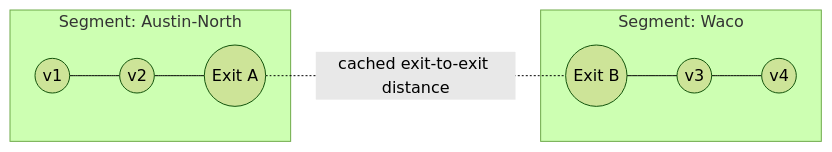
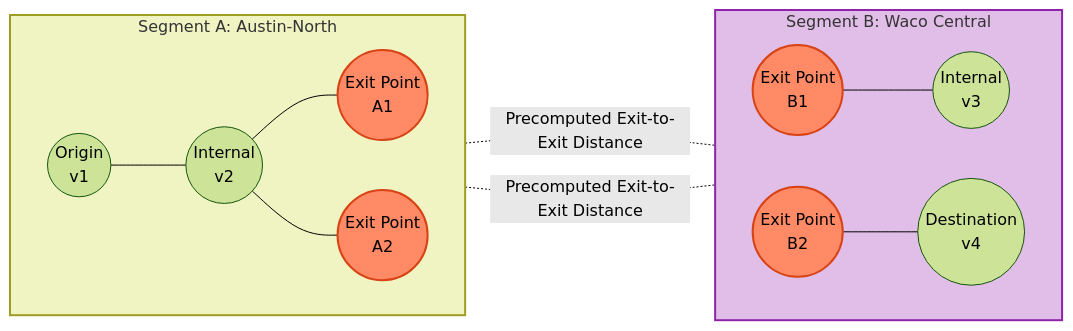
One commit to riyaz-pasha/Learnings changed the second of 20 diagrams in system-design/HLD/0-course/28-Design Google Maps-FAANG-Guide-story.md. Above: the diagram before and after it, drawn with Mermaid (forest theme). The commit also changed other lines of this file and 1 other file, not shown here.

````diff
--- a/system-design/HLD/0-course/28-Design Google Maps-FAANG-Guide-story.md
+++ b/system-design/HLD/0-course/28-Design Google Maps-FAANG-Guide-story.md
@@ -47,10 +136,25 @@
 ```mermaid
 flowchart LR
-    subgraph SegA["Segment: Austin-North"]
-        A1((v1)) --- A2((v2)) --- E1((Exit A))
+    subgraph SegA["Segment A: Austin-North"]
+        direction LR
+        A_start(("Origin<br/>v1")) --- A_int(("Internal<br/>v2"))
+        A_int --- E1(("Exit Point<br/>A1"))
+        A_int --- E2(("Exit Point<br/>A2"))
     end
-    subgraph SegB["Segment: Waco"]
-        E2((Exit B)) --- B1((v3)) --- B2((v4))
+
+    subgraph SegB["Segment B: Waco Central"]
+        direction LR
+        E3(("Exit Point<br/>B1")) --- B_int(("Internal<br/>v3"))
+        E4(("Exit Point<br/>B2")) --- B_dest(("Destination<br/>v4"))
     end
-    E1 -.cached exit-to-exit distance.- E2
+
+    E1 -.-|"Precomputed Exit-to-Exit Distance"| E3
+    E2 -.-|"Precomputed Exit-to-Exit Distance"| E4
+
+    style SegA fill:#f0f4c3,stroke:#9e9d24,stroke-width:2px
+    style SegB fill:#e1bee7,stroke:#8e24aa,stroke-width:2px
+    style E1 fill:#ff8a65,stroke:#d84315,stroke-width:2px
+    style E2 fill:#ff8a65,stroke:#d84315,stroke-width:2px
+    style E3 fill:#ff8a65,stroke:#d84315,stroke-width:2px
+    style E4 fill:#ff8a65,stroke:#d84315,stroke-width:2px
 ```
````
